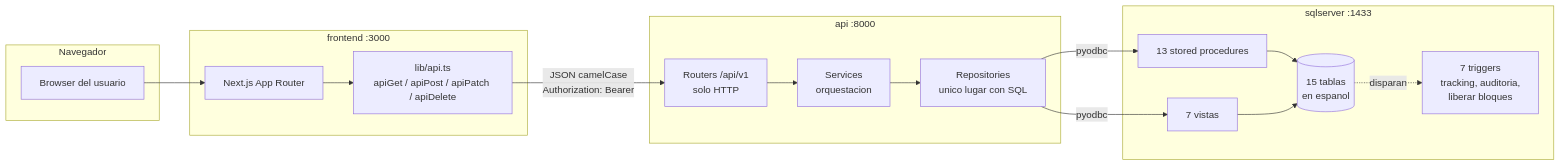
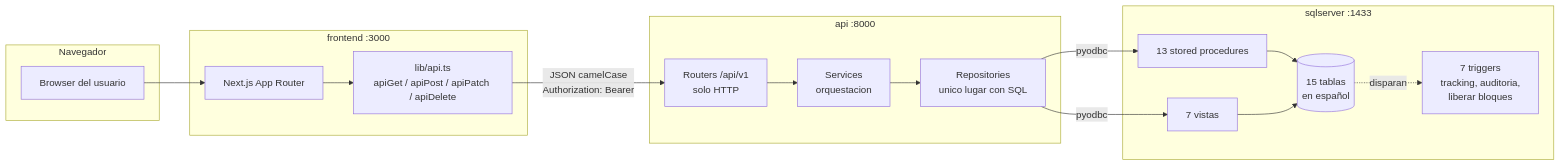
Before and after one commit to handelenriquezacuna/multiTenantBookingManager: the first of 3 diagrams in docs/arquitectura-visual.md, drawn with Mermaid. The commit also changed other lines of this file and 10 other files, not shown here.

````diff
--- a/docs/arquitectura-visual.md
+++ b/docs/arquitectura-visual.md
@@ -10,34 +10,34 @@
 ```mermaid
 flowchart LR
     subgraph Navegador
         B[Browser del usuario]
     end
 
     subgraph frontend [frontend :3000]
         N[Next.js App Router]
         A[lib/api.ts<br/>apiGet / apiPost / apiPatch / apiDelete]
     end
 
     subgraph api [api :8000]
         R[Routers /api/v1<br/>solo HTTP]
         S[Services<br/>orquestacion]
         P[Repositories<br/>unico lugar con SQL]
     end
 
     subgraph db [sqlserver :1433]
         SP[13 stored procedures]
         VW[7 vistas]
         TR[7 triggers<br/>tracking, auditoria,<br/>liberar bloques]
-        T[(15 tablas<br/>en espanol)]
+        T[(15 tablas<br/>en español)]
     end
 
     B --> N
     N --> A
     A -- "JSON camelCase<br/>Authorization: Bearer" --> R
     R --> S --> P
     P -- pyodbc --> SP
     P -- pyodbc --> VW
     SP --> T
     VW --> T
     T -. disparan .-> TR
 ```
````
